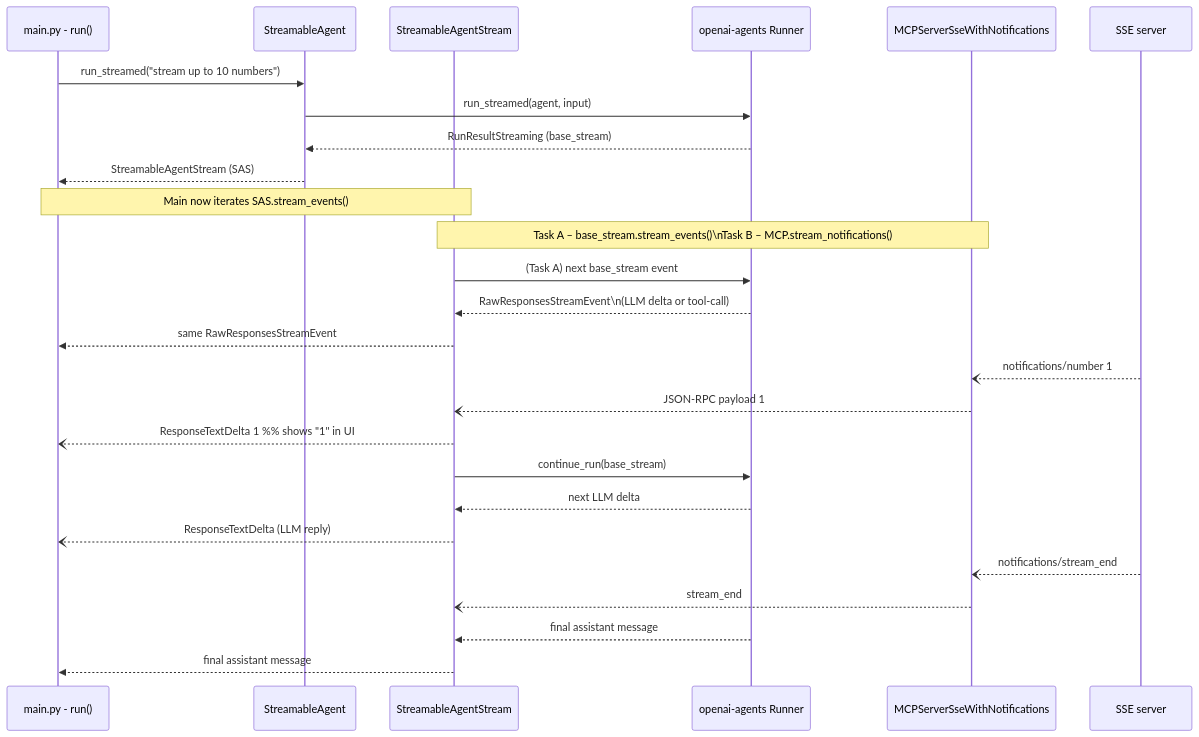
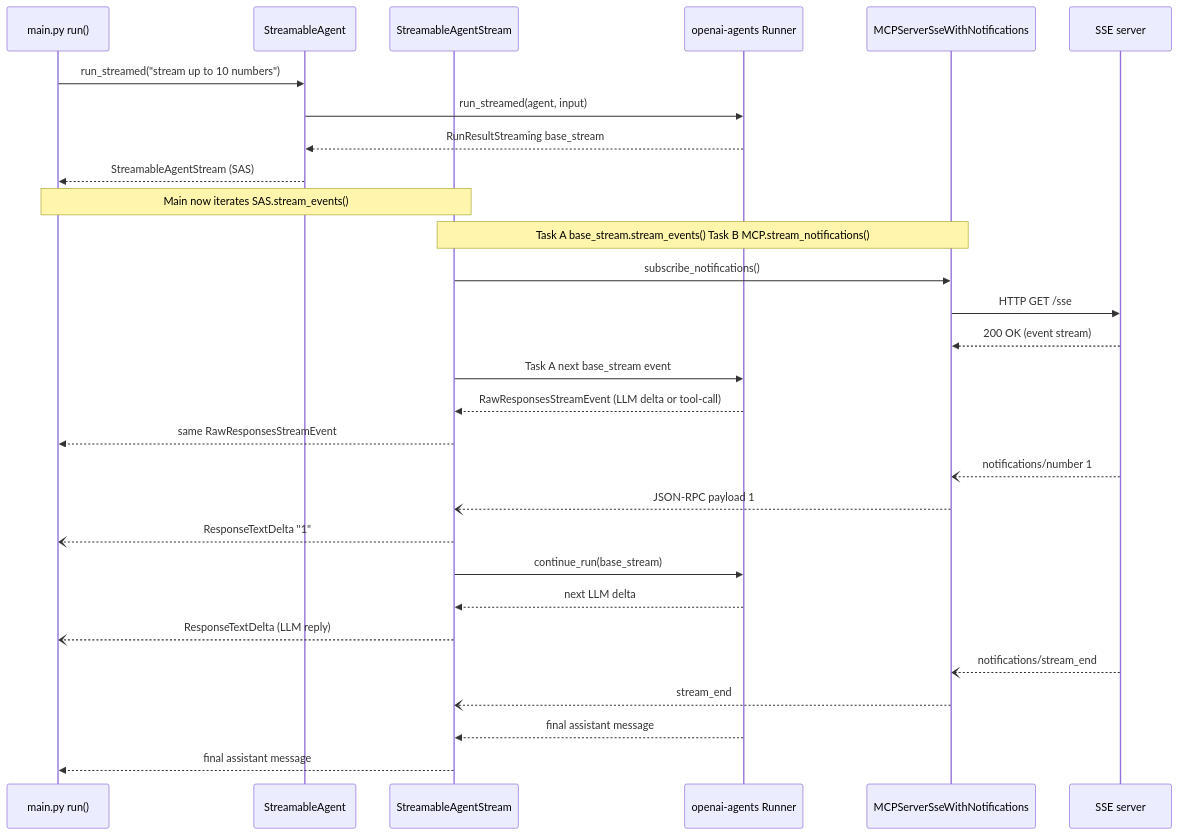
Before and after one commit to josephbharrison/streamable-mcp-client: the second of 2 diagrams in README.md, drawn with Mermaid.

Commit message:
improved seq diagram

````diff
--- a/README.md
+++ b/README.md
@@ -116,44 +116,49 @@
 ```mermaid
 sequenceDiagram
-    %% participants are concrete classes / files
-    participant Main     as main.py ‑ run()
-    participant SA       as StreamableAgent
-    participant SAS      as StreamableAgentStream
-    participant Runner   as openai‑agents Runner
-    participant MCP      as MCPServerSseWithNotifications
-    participant SSE      as SSE server
+    %% concrete classes / files
+    participant Main as main.py run()
+    participant SA as StreamableAgent
+    participant SAS as StreamableAgentStream
+    participant Runner as openai‑agents Runner
+    participant MCP as MCPServerSseWithNotifications
+    participant SSE as SSE server
 
     %% 1. construction
     Main ->> SA: run_streamed("stream up to 10 numbers")
     SA   ->> Runner: run_streamed(agent, input)
-    Runner -->> SA: RunResultStreaming (base_stream)
+    Runner -->> SA: RunResultStreaming base_stream
     SA  -->> Main: StreamableAgentStream (SAS)
 
     Note over Main,SAS: Main now iterates SAS.stream_events()
 
     %% 2. SAS starts two async tasks
-    Note over SAS,MCP: Task A – base_stream.stream_events()\nTask B – MCP.stream_notifications()
+    Note over SAS,MCP: Task A base_stream.stream_events()  Task B MCP.stream_notifications()
+
+    %% 2b. MCP opens the SSE channel
+    SAS ->> MCP: subscribe_notifications()
+    MCP ->> SSE: HTTP GET /sse
+    SSE -->> MCP: 200 OK (event stream)
 
     %% 3A. normal agent streaming
-    SAS ->> Runner: (Task A) next base_stream event
-    Runner -->> SAS: RawResponsesStreamEvent\n(LLM delta or tool‑call)
+    SAS ->> Runner: Task A next base_stream event
+    Runner -->> SAS: RawResponsesStreamEvent (LLM delta or tool‑call)
     SAS -->> Main: same RawResponsesStreamEvent
 
     %% 3B. notification streaming
-    SSE --) MCP: notifications/number 1
-    MCP --) SAS: JSON‑RPC payload 1
-    SAS --) Main: ResponseTextDelta 1          %% shows "1" in UI
+    SSE --) MCP: notifications/number 1
+    MCP --) SAS: JSON‑RPC payload 1
+    SAS --) Main: ResponseTextDelta "1"
 
-    %% 4. SAS commits chunk to history and advances agent
+    %% 4. commit chunk and advance agent
     SAS ->> Runner: continue_run(base_stream)
     Runner -->> SAS: next LLM delta
     SAS --) Main: ResponseTextDelta (LLM reply)
 
-    %% … numbers 2‑10 flow identically …
+    %% …numbers 2‑10 handled the same way…
 
     %% 5. stream ends
     SSE --) MCP: notifications/stream_end
     MCP --) SAS: stream_end
     Runner -->> SAS: final assistant message
     SAS -->> Main: final assistant message
 ```
````
